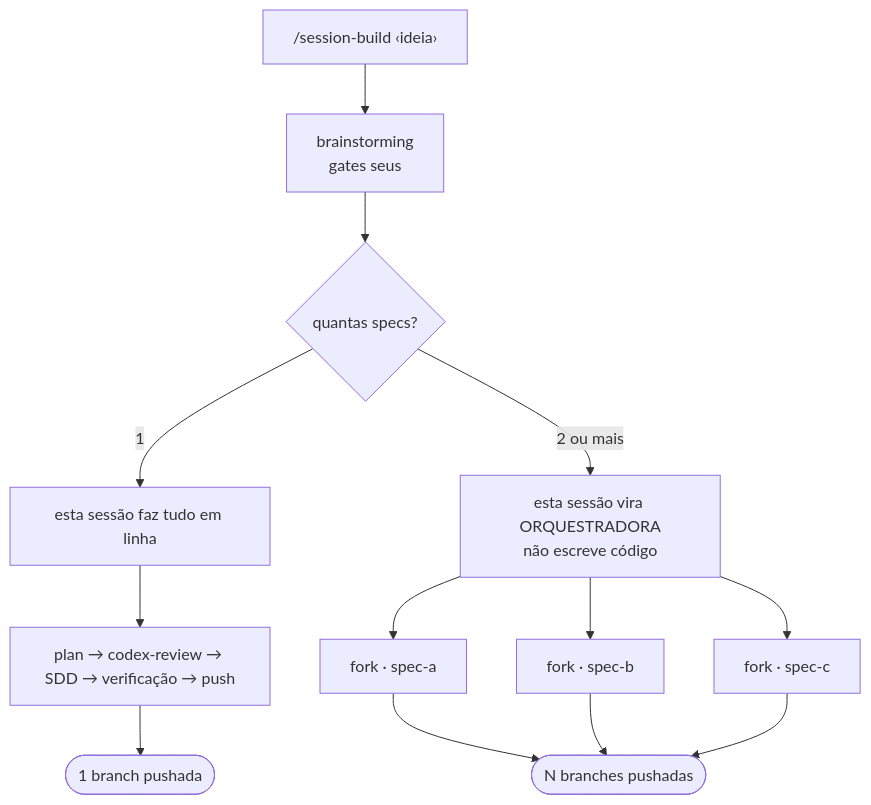
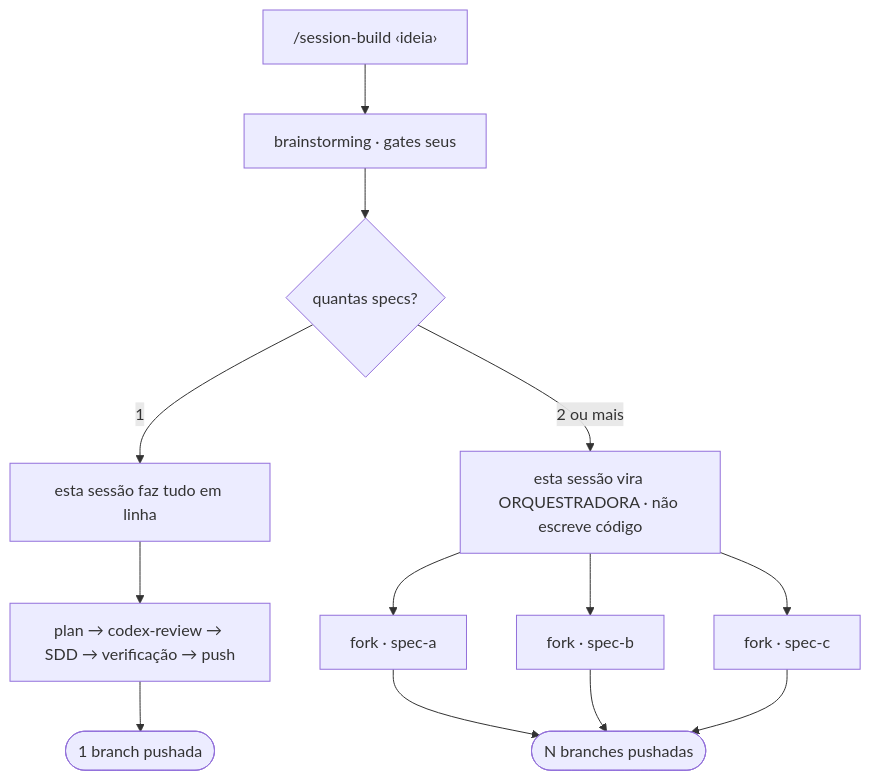
One commit to will-pagane/claude-setup changed the second of 9 diagrams in docs/cadeia-session.md. Above: the diagram before and after it, drawn with Mermaid. The commit also changed other lines of this file, not shown here.

First line of the commit message:
fix(docs): drop <br/> from mermaid labels, GitHub strips it

````diff
--- a/docs/cadeia-session.md
+++ b/docs/cadeia-session.md
@@ -49,17 +49,17 @@
 ```mermaid
 flowchart TD
-    p["/session-build ‹ideia›"] --> br["brainstorming<br/>gates seus"]
+    p["/session-build ‹ideia›"] --> br["brainstorming · gates seus"]
     br --> n{quantas specs?}
 
     n -- "1" --> inline["esta sessão faz tudo em linha"]
     inline --> i1["plan → codex-review → SDD → verificação → push"]
     i1 --> o1([1 branch pushada])
 
-    n -- "2 ou mais" --> orq["esta sessão vira ORQUESTRADORA<br/>não escreve código"]
+    n -- "2 ou mais" --> orq["esta sessão vira ORQUESTRADORA · não escreve código"]
     orq --> f1["fork · spec-a"]
     orq --> f2["fork · spec-b"]
     orq --> f3["fork · spec-c"]
     f1 --> o2([N branches pushadas])
     f2 --> o2
     f3 --> o2
 ```
````
